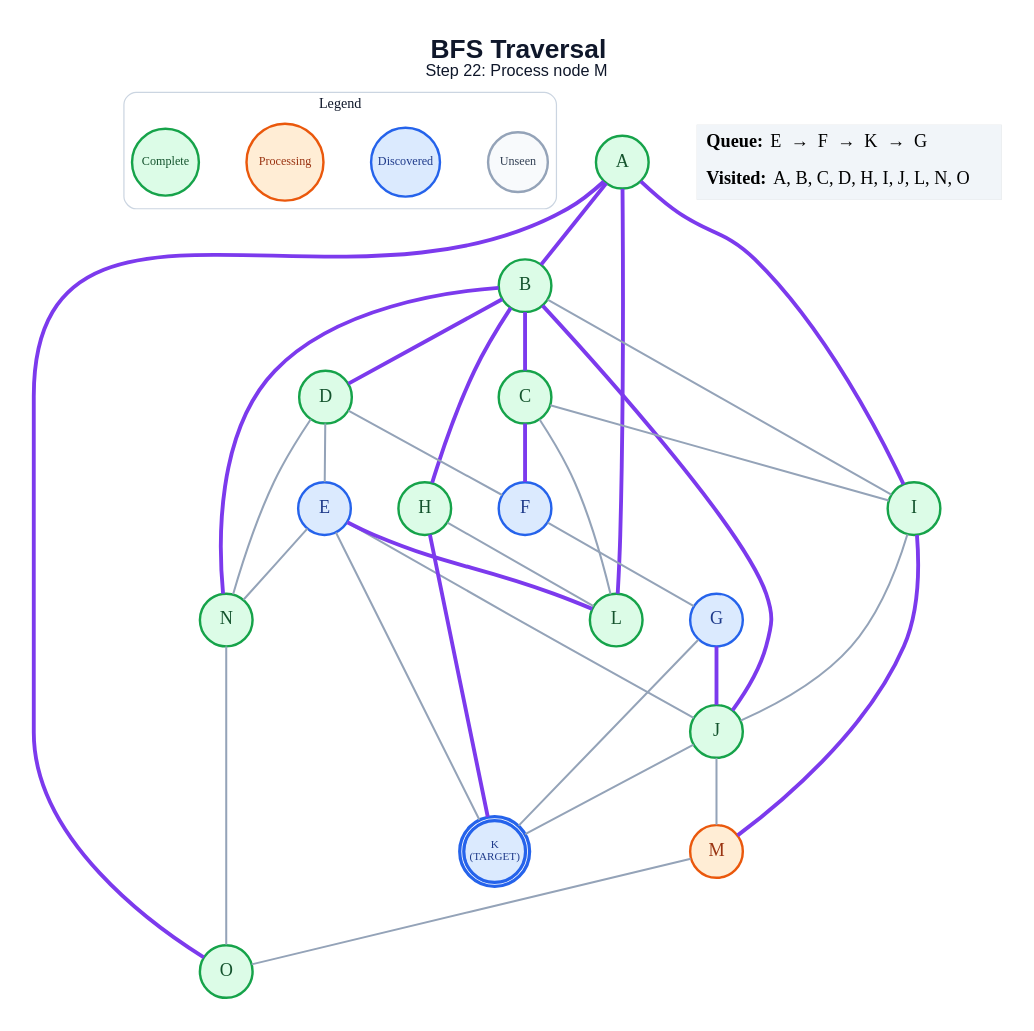
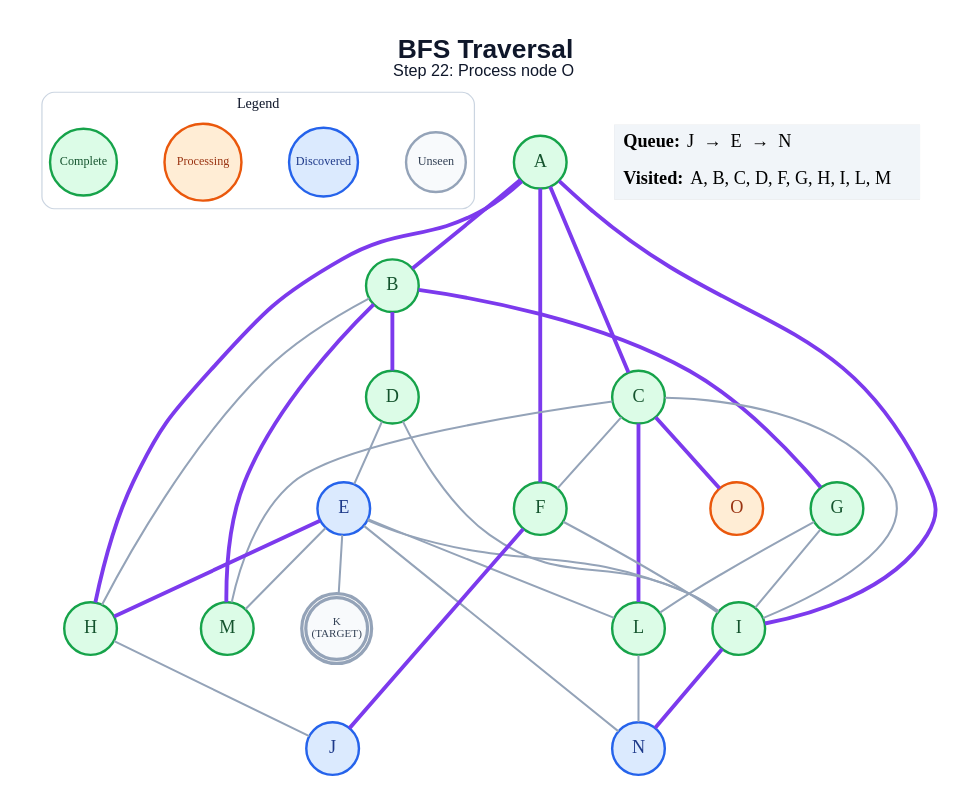
Before and after one commit to anon7238593-create/ai-slop: the diagram in generated/specific-node/bfs/step_22.dot, drawn with Graphviz. The commit also changed 270 other files, not shown here.

```diff
--- a/generated/specific-node/bfs/step_22.dot
+++ b/generated/specific-node/bfs/step_22.dot
@@ -1,65 +1,63 @@
 graph traversal {
   graph [layout=dot, rankdir=TB, bgcolor="#FFFFFF", pad="0.35", nodesep="0.65", ranksep="0.8", fontname="Arial"];
   node [shape=circle, style="filled", fontname="Arial Bold", fontsize=18, width=0.72, fixedsize=true, penwidth=2.4];
   edge [color="#94A3B8", penwidth=2.0];
-  label=<<B>BFS Traversal</B><BR/><FONT POINT-SIZE="16">Step 22: Process node M</FONT>>; labelloc="t"; fontsize=26; fontname="Arial"; fontcolor="#0F172A";
+  label=<<B>BFS Traversal</B><BR/><FONT POINT-SIZE="16">Step 22: Process node O</FONT>>; labelloc="t"; fontsize=26; fontname="Arial"; fontcolor="#0F172A";
   subgraph cluster_legend { label="Legend"; color="#CBD5E1"; penwidth=1.2; style="rounded"; fontsize=14; fontname="Arial Bold";
     key_unseen [label="Unseen", fillcolor="#F8FAFC", color="#94A3B8", fontcolor="#334155", fontsize=12, width=0.82];
     key_frontier [label="Discovered", fillcolor="#DBEAFE", color="#2563EB", fontcolor="#1E3A8A", fontsize=12, width=0.95];
     key_current [label="Processing", fillcolor="#FFEDD5", color="#EA580C", fontcolor="#9A3412", fontsize=12, width=1.05];
     key_done [label="Complete", fillcolor="#DCFCE7", color="#16A34A", fontcolor="#14532D", fontsize=12, width=0.92];
     { rank=same; key_unseen; key_frontier; key_current; key_done; }
   }
   A [label="A", fillcolor="#DCFCE7", color="#16A34A", fontcolor="#14532D", peripheries=1, penwidth=2.4];
   B [label="B", fillcolor="#DCFCE7", color="#16A34A", fontcolor="#14532D", peripheries=1, penwidth=2.4];
   C [label="C", fillcolor="#DCFCE7", color="#16A34A", fontcolor="#14532D", peripheries=1, penwidth=2.4];
   D [label="D", fillcolor="#DCFCE7", color="#16A34A", fontcolor="#14532D", peripheries=1, penwidth=2.4];
   E [label="E", fillcolor="#DBEAFE", color="#2563EB", fontcolor="#1E3A8A", peripheries=1, penwidth=2.4];
-  F [label="F", fillcolor="#DBEAFE", color="#2563EB", fontcolor="#1E3A8A", peripheries=1, penwidth=2.4];
-  G [label="G", fillcolor="#DBEAFE", color="#2563EB", fontcolor="#1E3A8A", peripheries=1, penwidth=2.4];
+  F [label="F", fillcolor="#DCFCE7", color="#16A34A", fontcolor="#14532D", peripheries=1, penwidth=2.4];
+  G [label="G", fillcolor="#DCFCE7", color="#16A34A", fontcolor="#14532D", peripheries=1, penwidth=2.4];
   H [label="H", fillcolor="#DCFCE7", color="#16A34A", fontcolor="#14532D", peripheries=1, penwidth=2.4];
   I [label="I", fillcolor="#DCFCE7", color="#16A34A", fontcolor="#14532D", peripheries=1, penwidth=2.4];
-  J [label="J", fillcolor="#DCFCE7", color="#16A34A", fontcolor="#14532D", peripheries=1, penwidth=2.4];
-  K [label="K\n(TARGET)", fillcolor="#DBEAFE", color="#2563EB", fontcolor="#1E3A8A", peripheries=2, penwidth=3.2, fontsize=11, width=0.85, height=0.85];
+  J [label="J", fillcolor="#DBEAFE", color="#2563EB", fontcolor="#1E3A8A", peripheries=1, penwidth=2.4];
+  K [label="K\n(TARGET)", fillcolor="#F8FAFC", color="#94A3B8", fontcolor="#334155", peripheries=2, penwidth=3.2, fontsize=11, width=0.85, height=0.85];
   L [label="L", fillcolor="#DCFCE7", color="#16A34A", fontcolor="#14532D", peripheries=1, penwidth=2.4];
-  M [label="M", fillcolor="#FFEDD5", color="#EA580C", fontcolor="#9A3412", peripheries=1, penwidth=2.4];
-  N [label="N", fillcolor="#DCFCE7", color="#16A34A", fontcolor="#14532D", peripheries=1, penwidth=2.4];
-  O [label="O", fillcolor="#DCFCE7", color="#16A34A", fontcolor="#14532D", peripheries=1, penwidth=2.4];
+  M [label="M", fillcolor="#DCFCE7", color="#16A34A", fontcolor="#14532D", peripheries=1, penwidth=2.4];
+  N [label="N", fillcolor="#DBEAFE", color="#2563EB", fontcolor="#1E3A8A", peripheries=1, penwidth=2.4];
+  O [label="O", fillcolor="#FFEDD5", color="#EA580C", fontcolor="#9A3412", peripheries=1, penwidth=2.4];
   A -- B [color="#7C3AED", penwidth=3.8];
+  A -- C [color="#7C3AED", penwidth=3.8];
+  A -- F [color="#7C3AED", penwidth=3.8];
+  A -- H [color="#7C3AED", penwidth=3.8];
   A -- I [color="#7C3AED", penwidth=3.8];
-  A -- L [color="#7C3AED", penwidth=3.8];
-  A -- O [color="#7C3AED", penwidth=3.8];
-  B -- C [color="#7C3AED", penwidth=3.8];
   B -- D [color="#7C3AED", penwidth=3.8];
-  B -- H [color="#7C3AED", penwidth=3.8];
-  B -- I;
-  B -- J [color="#7C3AED", penwidth=3.8];
-  B -- N [color="#7C3AED", penwidth=3.8];
-  C -- F [color="#7C3AED", penwidth=3.8];
+  B -- G [color="#7C3AED", penwidth=3.8];
+  B -- H;
+  B -- M [color="#7C3AED", penwidth=3.8];
+  C -- F;
   C -- I;
-  C -- L;
+  C -- L [color="#7C3AED", penwidth=3.8];
+  C -- M;
+  C -- O [color="#7C3AED", penwidth=3.8];
   D -- E;
-  D -- F;
-  D -- N;
-  E -- J;
+  D -- I;
+  E -- H [color="#7C3AED", penwidth=3.8];
+  E -- I;
   E -- K;
-  E -- L [color="#7C3AED", penwidth=3.8];
+  E -- L;
+  E -- M;
   E -- N;
-  F -- G;
-  G -- J [color="#7C3AED", penwidth=3.8];
-  G -- K;
-  H -- K [color="#7C3AED", penwidth=3.8];
-  H -- L;
-  I -- J;
-  I -- M [color="#7C3AED", penwidth=3.8];
-  J -- K;
-  J -- M;
-  M -- O;
-  N -- O;
+  F -- I;
+  F -- J [color="#7C3AED", penwidth=3.8];
+  G -- I;
+  G -- L;
+  H -- J;
+  I -- N [color="#7C3AED", penwidth=3.8];
+  L -- N;
   status [shape=plain, fixedsize=false, width=0, height=0, margin=0, label=<
     <TABLE BORDER="0" CELLBORDER="0" CELLPADDING="7" BGCOLOR="#F1F5F9">
-      <TR><TD ALIGN="LEFT"><B>Queue:</B> E  →  F  →  K  →  G</TD></TR>
-      <TR><TD ALIGN="LEFT"><B>Visited:</B> A, B, C, D, H, I, J, L, N, O</TD></TR>
+      <TR><TD ALIGN="LEFT"><B>Queue:</B> J  →  E  →  N</TD></TR>
+      <TR><TD ALIGN="LEFT"><B>Visited:</B> A, B, C, D, F, G, H, I, L, M</TD></TR>
     </TABLE>
   >];
 }
```
